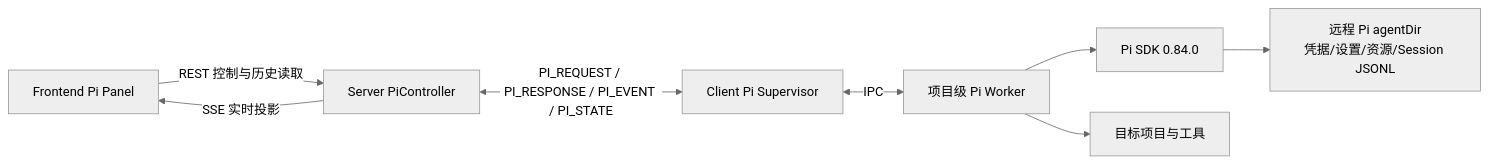
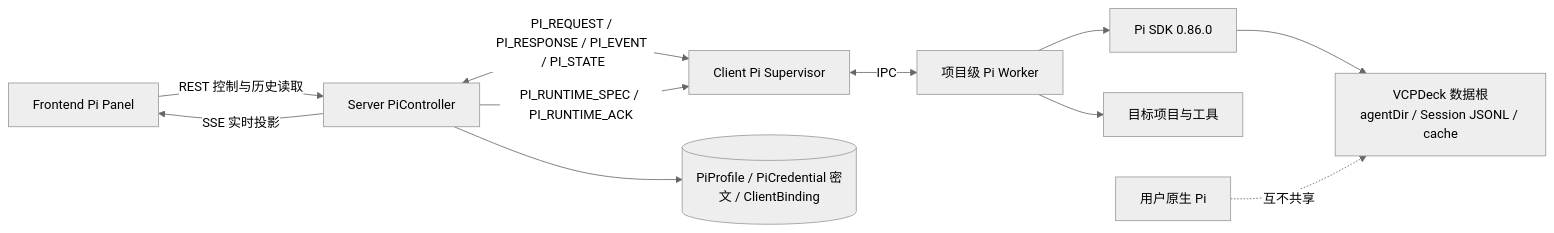
One commit to xuzhen97/VCPDeck changed the first of 3 diagrams in docs/design/remote-pi.md. Above: the diagram before and after it, drawn with Mermaid (neutral theme). The commit also changed other lines of this file and 216 other files, not shown here.

````diff
--- a/docs/design/remote-pi.md
+++ b/docs/design/remote-pi.md
@@ -34,10 +35,13 @@
 ```mermaid
 flowchart LR
     Browser[Frontend Pi Panel] -->|REST 控制与历史读取| Server[Server PiController]
     Server -->|SSE 实时投影| Browser
     Server <-->|PI_REQUEST / PI_RESPONSE / PI_EVENT / PI_STATE| Client[Client Pi Supervisor]
+    Server -->|PI_RUNTIME_SPEC / PI_RUNTIME_ACK| Client
+    Server --> PiConfig[(PiProfile / PiCredential 密文 / ClientBinding)]
     Client <-->|IPC| Worker[项目级 Pi Worker]
-    Worker --> SDK[Pi SDK 0.84.0]
-    SDK --> AgentDir[远程 Pi agentDir\n凭据/设置/资源/Session JSONL]
+    Worker --> SDK[Pi SDK 0.86.0]
+    SDK --> DataRoot[VCPDeck 数据根\nagentDir / Session JSONL / cache]
     Worker --> Project[目标项目与工具]
+    NativePi[用户原生 Pi] -.->|互不共享| DataRoot
 ```
````
